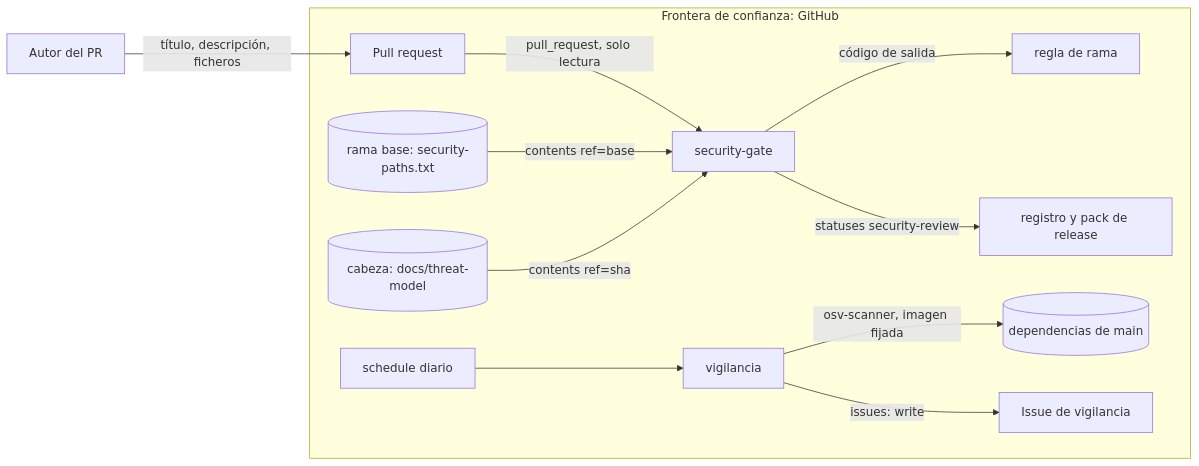
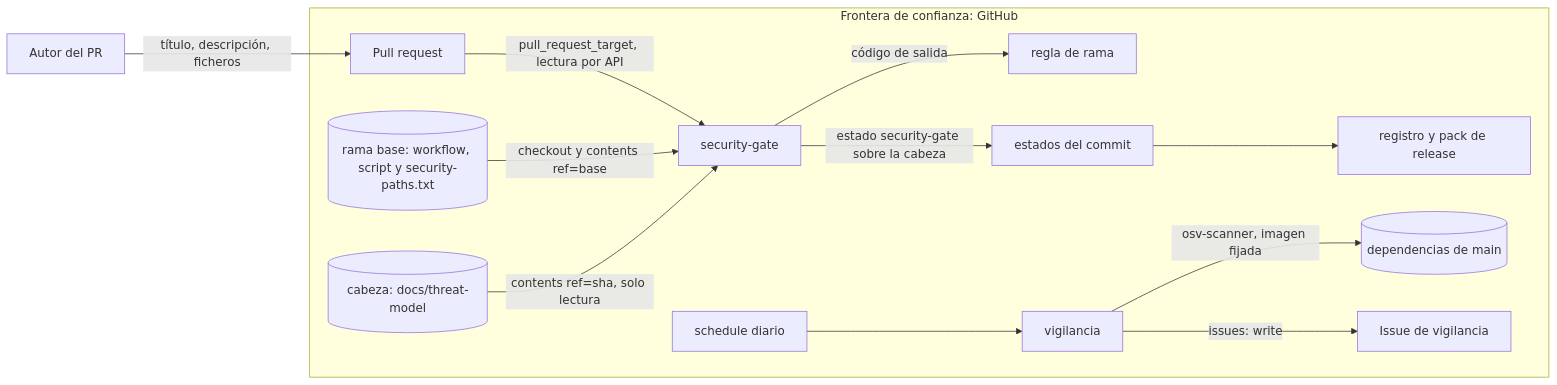
Before and after one commit to pedri77/security-manager-control: the diagram in docs/threat-model/SMC-009.md, drawn with Mermaid. The commit also changed other lines of this file and 6 other files, not shown here.

````diff
--- a/docs/threat-model/SMC-009.md
+++ b/docs/threat-model/SMC-009.md
@@ -20,14 +21,15 @@
 ```mermaid
 flowchart LR
   A[Autor del PR] -->|título, descripción, ficheros| PR[Pull request]
   subgraph GitHub[Frontera de confianza: GitHub]
-    PR -->|pull_request, solo lectura| G[security-gate]
-    BASE[(rama base: security-paths.txt)] -->|contents ref=base| G
-    HEAD[(cabeza: docs/threat-model)] -->|contents ref=sha| G
+    PR -->|pull_request_target, lectura por API| G[security-gate]
+    BASE[(rama base: workflow, script y security-paths.txt)] -->|checkout y contents ref=base| G
+    HEAD[(cabeza: docs/threat-model)] -->|contents ref=sha, solo lectura| G
     G -->|código de salida| R[regla de rama]
-    G -->|statuses security-review| P[registro y pack de release]
+    G -->|estado security-gate sobre la cabeza| ST[estados del commit]
+    ST --> P[registro y pack de release]
     CRON[schedule diario] --> V[vigilancia]
     V -->|osv-scanner, imagen fijada| DEPS[(dependencias de main)]
     V -->|issues: write| I[Issue de vigilancia]
   end
 ```
````
